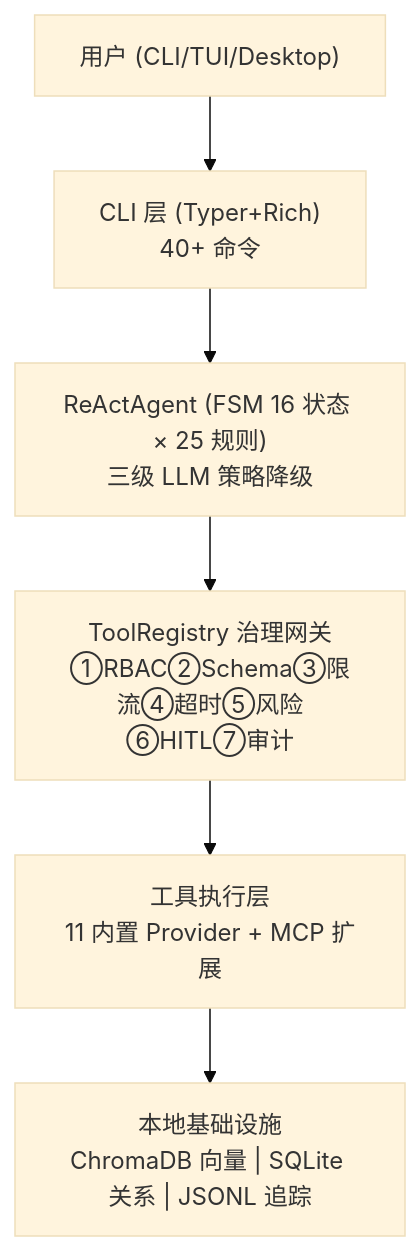
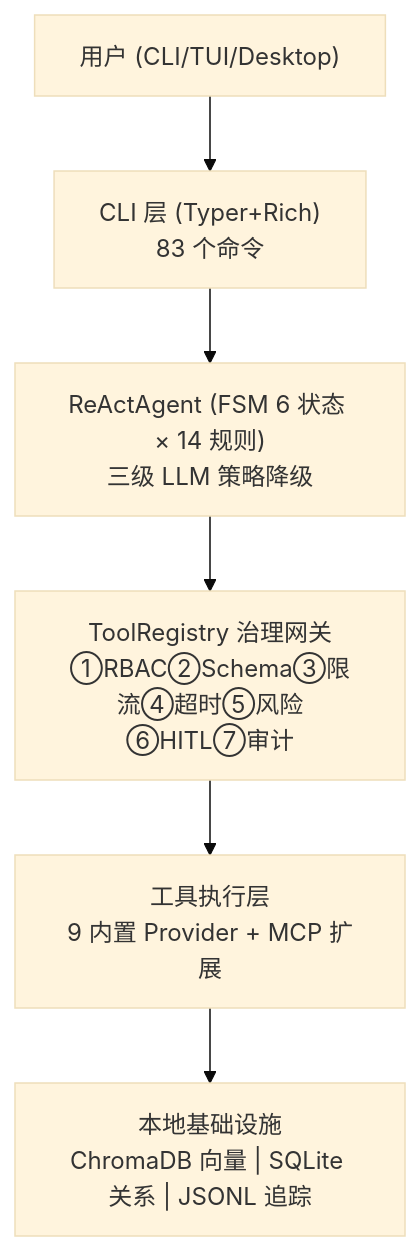
One commit to paipaipai666/agent-nexus changed the diagram in docs/Home.md. Above: the diagram before and after it, drawn with Mermaid (base theme). The commit also changed other lines of this file and 25 other files, not shown here.

````diff
--- a/docs/Home.md
+++ b/docs/Home.md
@@ -12,8 +12,8 @@
 ```mermaid
 graph TD
-    User["用户 (CLI/TUI/Desktop)"] --> CLI["CLI 层 (Typer+Rich)<br>40+ 命令"]
-    CLI --> ReAct["ReActAgent (FSM 16 状态 × 25 规则)<br>三级 LLM 策略降级"]
+    User["用户 (CLI/TUI/Desktop)"] --> CLI["CLI 层 (Typer+Rich)<br>83 个命令"]
+    CLI --> ReAct["ReActAgent (FSM 6 状态 × 14 规则)<br>三级 LLM 策略降级"]
     ReAct --> Gate["ToolRegistry 治理网关<br>①RBAC②Schema③限流④超时⑤风险⑥HITL⑦审计"]
-    Gate --> Tools["工具执行层<br>11 内置 Provider + MCP 扩展"]
+    Gate --> Tools["工具执行层<br>9 内置 Provider + MCP 扩展"]
     Tools --> Local["本地基础设施<br>ChromaDB 向量 | SQLite 关系 | JSONL 追踪"]
 ```
````
